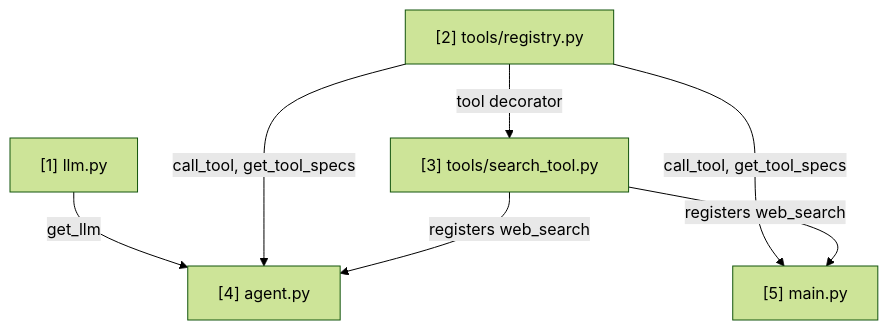
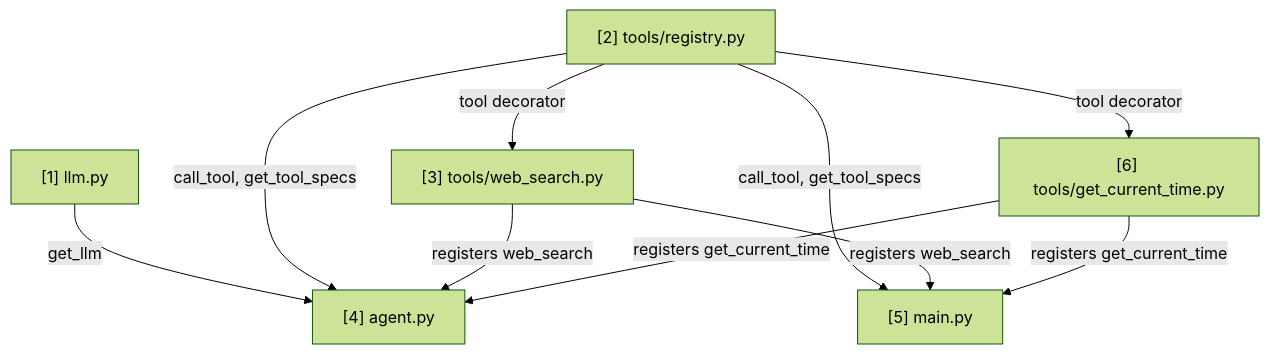
Before and after one commit to viplav-artha/tools: the diagram in NOTES.md, drawn with Mermaid (forest theme). The commit also changed other lines of this file and 6 other files, not shown here.

````diff
--- a/NOTES.md
+++ b/NOTES.md
@@ -87,14 +94,18 @@
 ```mermaid
 graph TD
     n1["[1] llm.py"]
     n2["[2] tools/registry.py"]
-    n3["[3] tools/search_tool.py"]
+    n3["[3] tools/web_search.py"]
     n4["[4] agent.py"]
     n5["[5] main.py"]
     n2 -->|tool decorator| n3
     n1 -->|get_llm| n4
     n2 -->|call_tool, get_tool_specs| n4
     n3 -->|registers web_search| n4
     n2 -->|call_tool, get_tool_specs| n5
     n3 -->|registers web_search| n5
+    n6["[6] tools/get_current_time.py"]
+    n2 -->|tool decorator| n6
+    n6 -->|registers get_current_time| n4
+    n6 -->|registers get_current_time| n5
 ```
````
